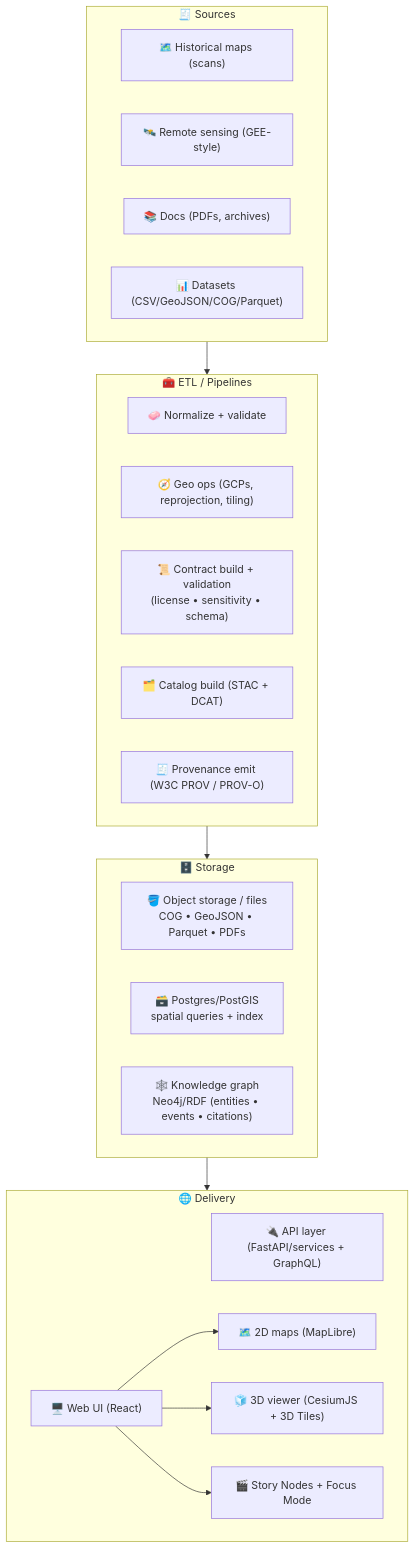
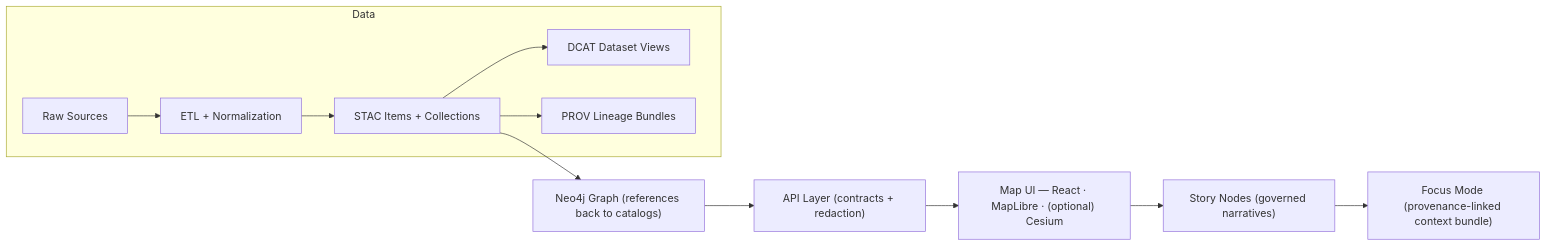
One commit to bartytime4life/Kansas-Frontier-Matrix changed the diagram in README.md. Above: the diagram before and after it, drawn with Mermaid. The commit also changed other lines of this file, not shown here.

````diff
--- a/README.md
+++ b/README.md
@@ -347,36 +92,15 @@
 ```mermaid
-flowchart TB
-  subgraph Sources["🧾 Sources"]
-    A["🗺️ Historical maps (scans)"]
-    B["🛰️ Remote sensing (GEE-style)"]
-    C["📚 Docs (PDFs, archives)"]
-    D["📊 Datasets (CSV/GeoJSON/COG/Parquet)"]
+flowchart LR
+  subgraph Data
+    A["Raw Sources"] --> B["ETL + Normalization"]
+    B --> C["STAC Items + Collections"]
+    C --> D["DCAT Dataset Views"]
+    C --> E["PROV Lineage Bundles"]
   end
 
-  subgraph Pipelines["🧰 ETL / Pipelines"]
-    E["🧼 Normalize + validate"]
-    F["🧭 Geo ops (GCPs, reprojection, tiling)"]
-    DC["📜 Contract build + validation<br/>(license • sensitivity • schema)"]
-    G["🗂️ Catalog build (STAC + DCAT)"]
-    H["🧾 Provenance emit (W3C PROV / PROV-O)"]
-  end
-
-  subgraph Storage["🗄️ Storage"]
-    I["🪣 Object storage / files<br/>COG • GeoJSON • Parquet • PDFs"]
-    J["🗃️ Postgres/PostGIS<br/>spatial queries + index"]
-    K["🕸️ Knowledge graph<br/>Neo4j/RDF (entities • events • citations)"]
-  end
-
-  subgraph Delivery["🌐 Delivery"]
-    L["🔌 API layer (FastAPI/services + GraphQL)"]
-    M["🖥️ Web UI (React)"]
-    N["🗺️ 2D maps (MapLibre)"]
-    O["🧊 3D viewer (CesiumJS + 3D Tiles)"]
-    P["🎬 Story Nodes + Focus Mode"]
-  end
-
-  Sources --> Pipelines --> Storage --> Delivery
-  M --> N
-  M --> O
-  M --> P
+  C --> G["Neo4j Graph (references back to catalogs)"]
+  G --> H["API Layer (contracts + redaction)"]
+  H --> I["Map UI — React · MapLibre · (optional) Cesium"]
+  I --> J["Story Nodes (governed narratives)"]
+  J --> K["Focus Mode (provenance-linked context bundle)"]
 ```
````
